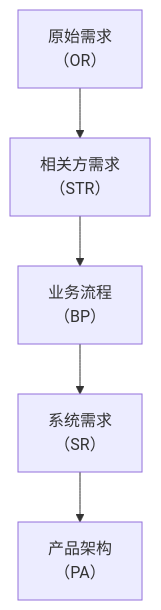
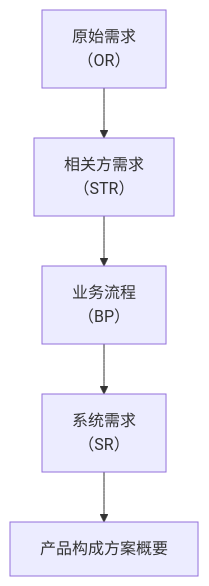
One commit to Yongjunzhou/AOS-system-design changed the third of 5 diagrams in 50-research/03-架构师是个怎样的物种/06-第6章-设计开发落地-需求与方案结对.md. Above: the diagram before and after it, drawn with Mermaid. The commit also changed other lines of this file and 15 other files, not shown here.

````diff
--- a/50-research/03-架构师是个怎样的物种/06-第6章-设计开发落地-需求与方案结对.md
+++ b/50-research/03-架构师是个怎样的物种/06-第6章-设计开发落地-需求与方案结对.md
@@ -776,7 +833,7 @@
 ```mermaid
 flowchart TD
     OR["原始需求<br/>（OR）"] --> STR["相关方需求<br/>（STR）"]
     STR --> BP["业务流程<br/>（BP）"]
     BP --> SR["系统需求<br/>（SR）"]
-    SR --> PA["产品架构<br/>（PA）"]
+    SR --> PA["产品构成方案概要"]
 ```
````
